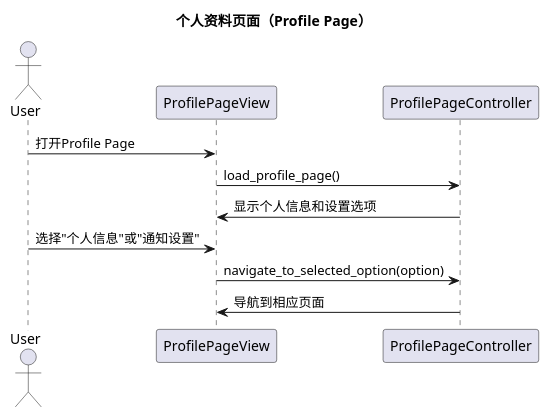
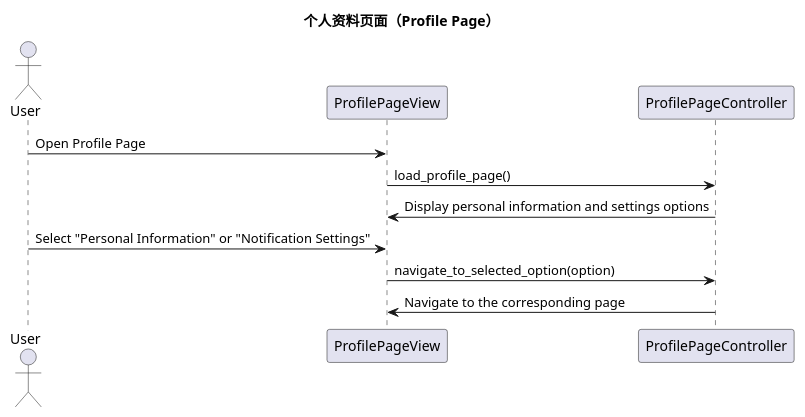
One commit to violeteye1234/group23_COMPS350F changed the seventh of 16 diagrams in planing/class_diagrams.md. Above: the diagram before and after it, drawn with PlantUML. The commit also changed other lines of this file and 45 other files, not shown here.

````diff
--- a/planing/class_diagrams.md
+++ b/planing/class_diagrams.md
@@ -236,16 +236,16 @@
 ```plantuml
 @startuml
 title 个人资料页面（Profile Page）
 
 actor User
 participant "ProfilePageView" as View
 participant "ProfilePageController" as Controller
 
-User -> View: 打开Profile Page
+User -> View: Open Profile Page
 View -> Controller: load_profile_page()
-Controller -> View: 显示个人信息和设置选项
-User -> View: 选择"个人信息"或"通知设置"
+Controller -> View: Display personal information and settings options
+User -> View: Select "Personal Information" or "Notification Settings"
 View -> Controller: navigate_to_selected_option(option)
-Controller -> View: 导航到相应页面
+Controller -> View: Navigate to the corresponding page
 @enduml
 ```
````
